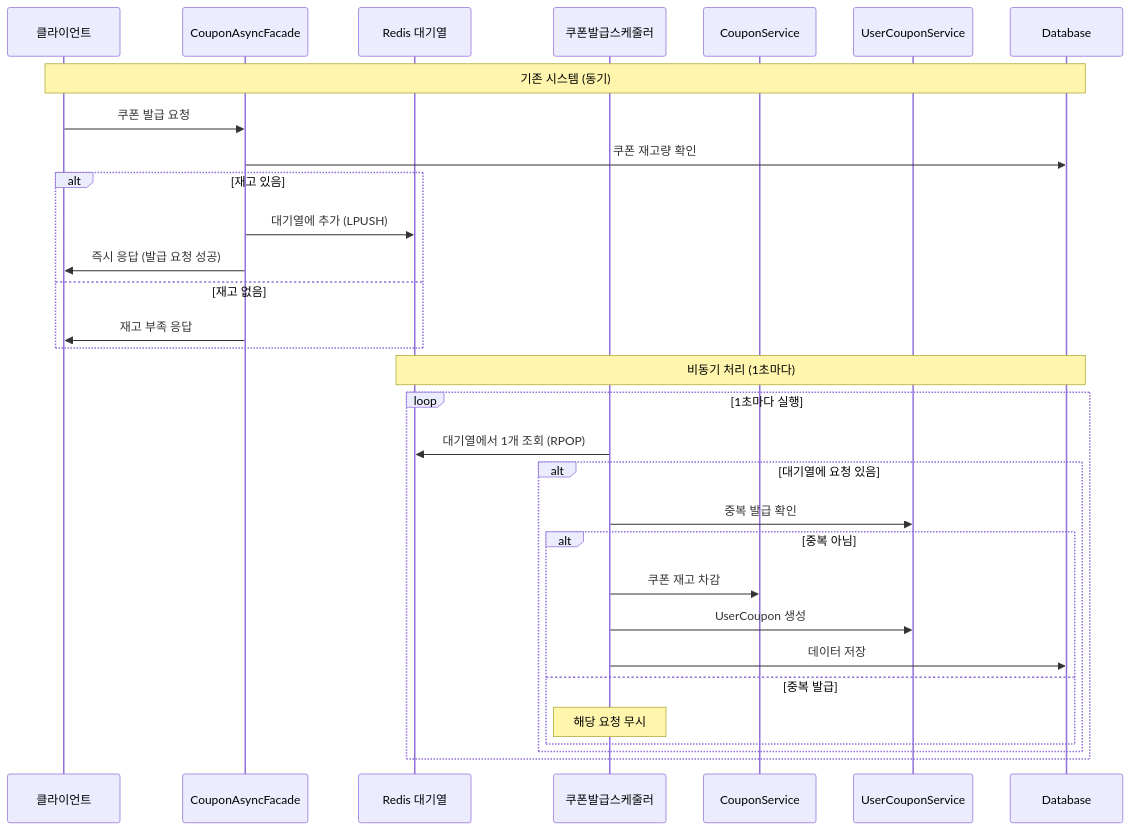
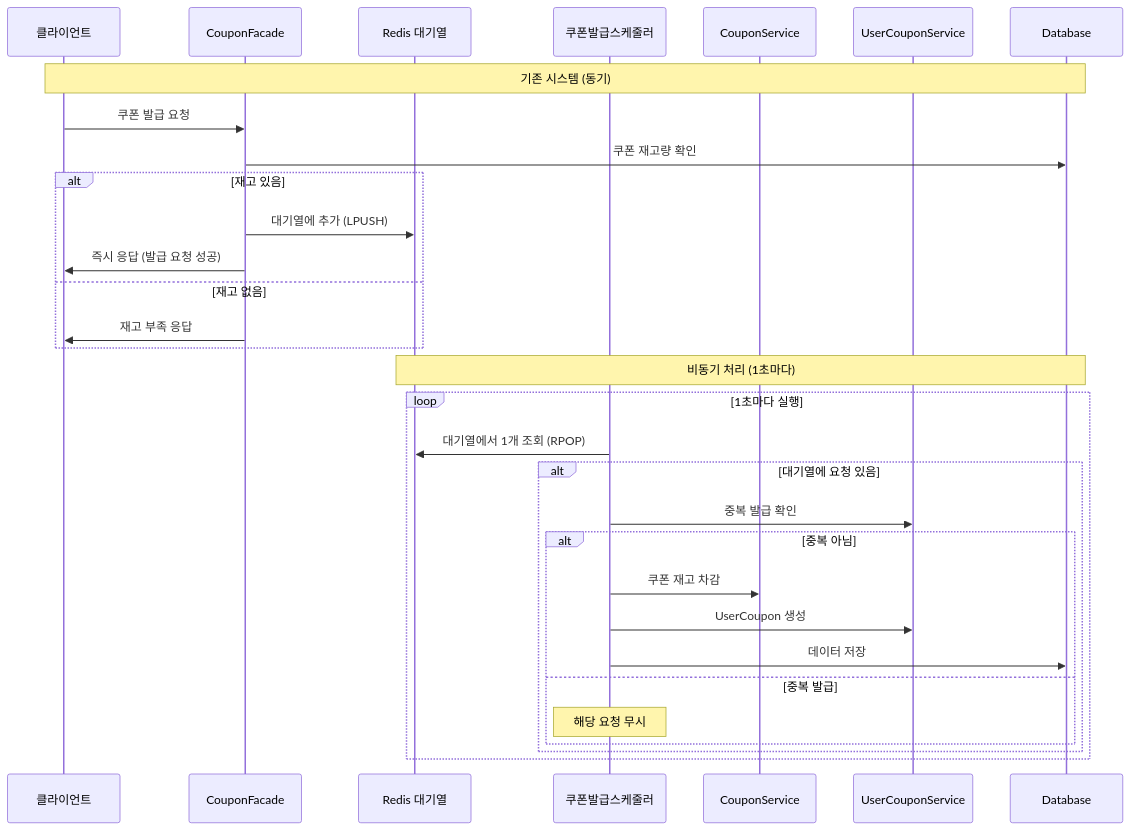
The diagram in docs/study/coupon-issue-improving(asynchronous).md (lostcatbox/e-commerce-order-service), drawn with Mermaid before and after one commit. The commit also changed 5 other files, not shown here.

Commit message:
[chore] 비동기 로직도 기존 CouponController, CouponFacade.kt 에 포함

````diff
--- a/docs/study/coupon-issue-improving(asynchronous).md
+++ b/docs/study/coupon-issue-improving(asynchronous).md
@@ -30,36 +30,36 @@
 ```mermaid
 
 sequenceDiagram
     participant Client as 클라이언트
-    participant NewFacade as CouponAsyncFacade
+    participant NewFacade as CouponFacade
     participant Redis as Redis 대기열
     participant Scheduler as 쿠폰발급스케줄러
     participant CouponService as CouponService
     participant UserCouponService as UserCouponService
     participant DB as Database
 
     Note over Client, DB: 기존 시스템 (동기)
     Client->>NewFacade: 쿠폰 발급 요청
     NewFacade->>DB: 쿠폰 재고량 확인
     alt 재고 있음
         NewFacade->>Redis: 대기열에 추가 (LPUSH)
         NewFacade->>Client: 즉시 응답 (발급 요청 성공)
     else 재고 없음
         NewFacade->>Client: 재고 부족 응답
     end
 
     Note over Redis, DB: 비동기 처리 (1초마다)
     loop 1초마다 실행
         Scheduler->>Redis: 대기열에서 1개 조회 (RPOP)
         alt 대기열에 요청 있음
             Scheduler->>UserCouponService: 중복 발급 확인
             alt 중복 아님
                 Scheduler->>CouponService: 쿠폰 재고 차감
                 Scheduler->>UserCouponService: UserCoupon 생성
                 Scheduler->>DB: 데이터 저장
             else 중복 발급
                 Note over Scheduler: 해당 요청 무시
             end
         end
     end
 ```
````
